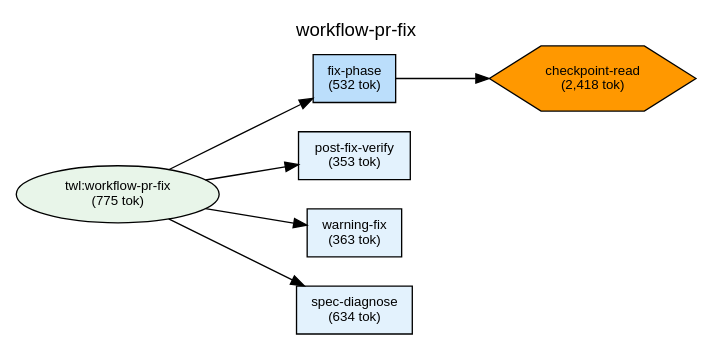
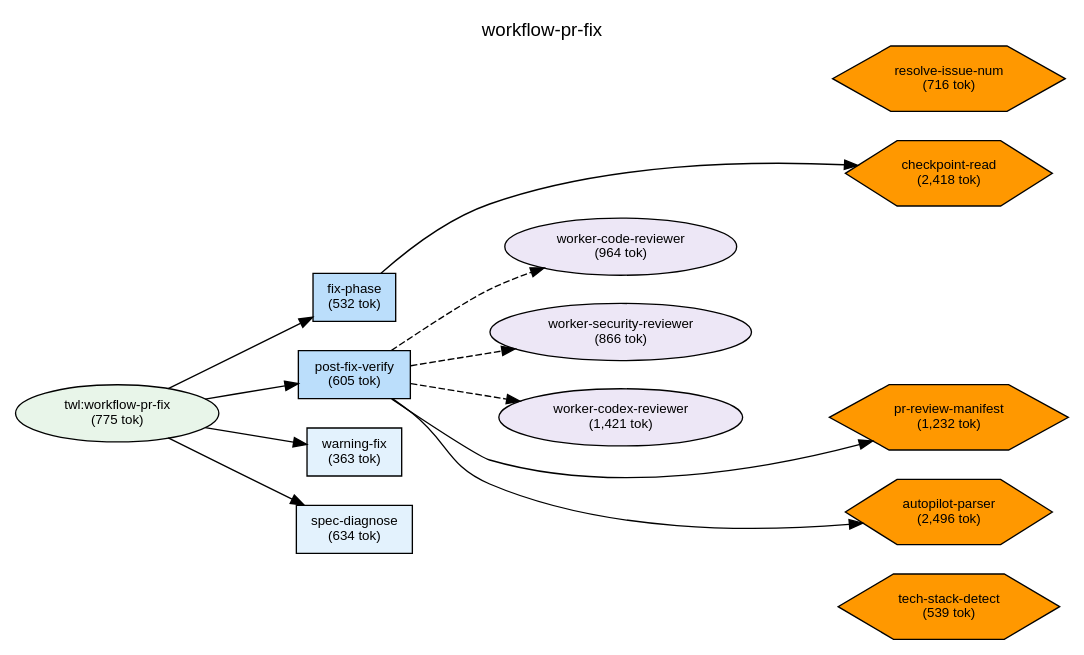
The diagram in plugins/twl/docs/deps-workflow-pr-fix.dot (shuu5/twill), drawn with Graphviz before and after one commit. The commit also changed 19 other files, not shown here.

```diff
--- a/plugins/twl/docs/deps-workflow-pr-fix.dot
+++ b/plugins/twl/docs/deps-workflow-pr-fix.dot
@@ -1,54 +1,75 @@
 digraph Dependencies {
     // Graph settings
     rankdir=LR;
     ranksep=0.8;
     nodesep=0.3;
     fontname="Helvetica";
     node [fontname="Helvetica", fontsize=10];
     edge [fontname="Helvetica", fontsize=9];
     label="workflow-pr-fix";
     labelloc=t;
     fontsize=14;
 
     // L0: Controller Skills
 
     // L0: Launchers
 
     // L0.5: Workflow Skills
     skill_workflow_pr_fix [label="twl:workflow-pr-fix\n(775 tok)", shape=ellipse, style=filled, fillcolor="#e8f5e9"];
 
     // Reference Skills
 
     // L1: Direct Commands
-    cmd_post_fix_verify [label="post-fix-verify\n(353 tok)", shape=box, style=filled, fillcolor="#e3f2fd"];
+    cmd_post_fix_verify [label="post-fix-verify\n(605 tok)", shape=box, style=filled, fillcolor="#bbdefb"];
     cmd_warning_fix [label="warning-fix\n(363 tok)", shape=box, style=filled, fillcolor="#e3f2fd"];
     cmd_fix_phase [label="fix-phase\n(532 tok)", shape=box, style=filled, fillcolor="#bbdefb"];
     cmd_spec_diagnose [label="spec-diagnose\n(634 tok)", shape=box, style=filled, fillcolor="#e3f2fd"];
 
     // L2: Sub Commands
 
     // L3: Agents
+    agent_worker_codex_reviewer [label="worker-codex-reviewer\n(1,421 tok)", shape=ellipse, style=filled, fillcolor="#ede7f6"];
+    agent_worker_code_reviewer [label="worker-code-reviewer\n(964 tok)", shape=ellipse, style=filled, fillcolor="#ede7f6"];
+    agent_worker_security_reviewer [label="worker-security-reviewer\n(866 tok)", shape=ellipse, style=filled, fillcolor="#ede7f6"];
 
     // L3.5: Scripts
+    script_tech_stack_detect [label="tech-stack-detect\n(539 tok)", shape=hexagon, style=filled, fillcolor="#FF9800"];
+    script_autopilot_parser [label="autopilot-parser\n(2,496 tok)", shape=hexagon, style=filled, fillcolor="#FF9800"];
+    script_resolve_issue_num [label="resolve-issue-num\n(716 tok)", shape=hexagon, style=filled, fillcolor="#FF9800"];
+    script_pr_review_manifest [label="pr-review-manifest\n(1,232 tok)", shape=hexagon, style=filled, fillcolor="#FF9800"];
     script_checkpoint_read [label="checkpoint-read\n(2,418 tok)", shape=hexagon, style=filled, fillcolor="#FF9800"];
 
     // L4: External
 
     // Layer constraints
     { rank=same; skill_workflow_pr_fix; }
     { rank=same; cmd_post_fix_verify; cmd_warning_fix; cmd_fix_phase; cmd_spec_diagnose; }
-    { rank=same; script_checkpoint_read; }
+    { rank=same; agent_worker_codex_reviewer; agent_worker_code_reviewer; agent_worker_security_reviewer; }
+    { rank=same; script_tech_stack_detect; script_autopilot_parser; script_resolve_issue_num; script_pr_review_manifest; script_checkpoint_read; }
 
     // Edges
     skill_workflow_pr_fix -> cmd_fix_phase;
     skill_workflow_pr_fix -> cmd_post_fix_verify;
     skill_workflow_pr_fix -> cmd_warning_fix;
     skill_workflow_pr_fix -> cmd_spec_diagnose;
+    cmd_post_fix_verify -> agent_worker_code_reviewer [style=dashed];
+    cmd_post_fix_verify -> agent_worker_security_reviewer [style=dashed];
+    cmd_post_fix_verify -> agent_worker_codex_reviewer [style=dashed];
+    cmd_post_fix_verify -> script_pr_review_manifest;
+    cmd_post_fix_verify -> script_autopilot_parser;
     cmd_fix_phase -> script_checkpoint_read;
 
     // Ordering constraints (invisible edges)
     cmd_fix_phase -> cmd_post_fix_verify [style=invis, weight=10];
     cmd_post_fix_verify -> cmd_warning_fix [style=invis, weight=10];
     cmd_warning_fix -> cmd_spec_diagnose [style=invis, weight=10];
+    agent_worker_code_reviewer -> agent_worker_security_reviewer [style=invis, weight=10];
+    agent_worker_security_reviewer -> agent_worker_codex_reviewer [style=invis, weight=10];
+    agent_worker_codex_reviewer -> script_pr_review_manifest [style=invis, weight=10];
+    script_pr_review_manifest -> script_autopilot_parser [style=invis, weight=10];
+    script_autopilot_parser -> script_tech_stack_detect [style=invis, weight=10];
+    agent_worker_code_reviewer -> agent_worker_security_reviewer [style=invis, weight=10];
+    script_autopilot_parser -> script_tech_stack_detect [style=invis, weight=10];
+    agent_worker_code_reviewer -> agent_worker_security_reviewer [style=invis, weight=10];
 
 }
```
